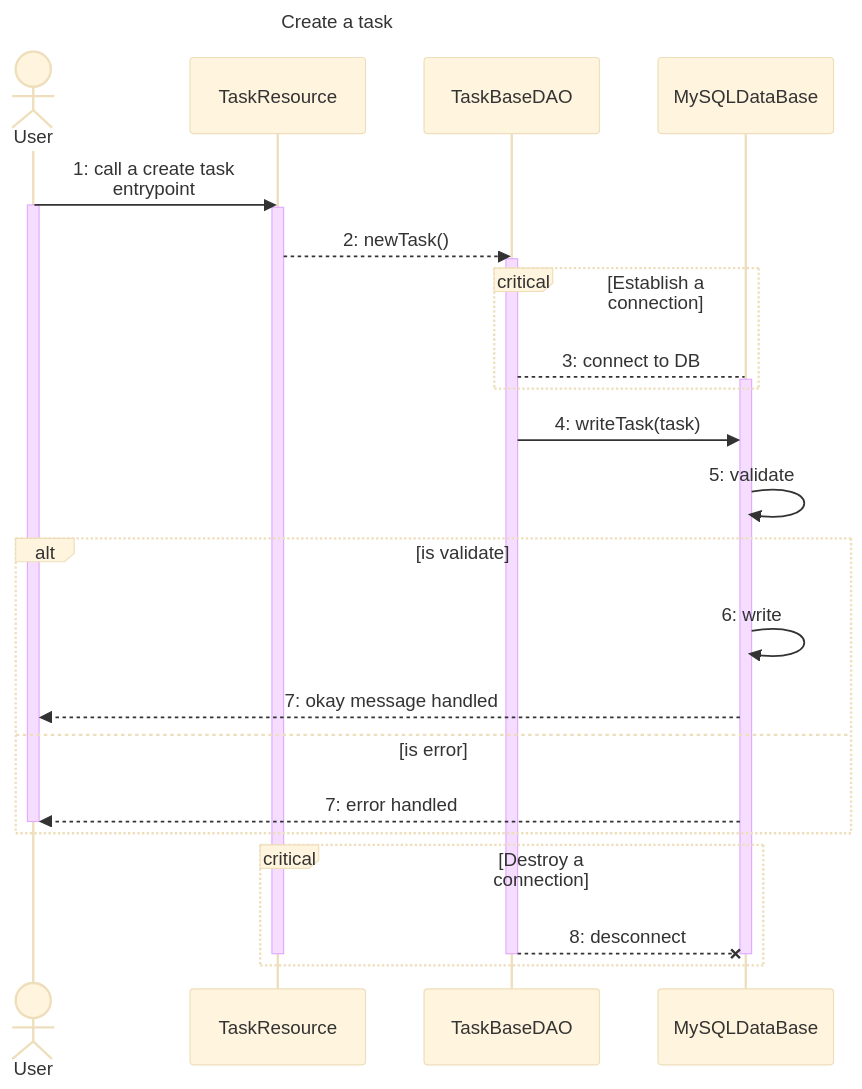
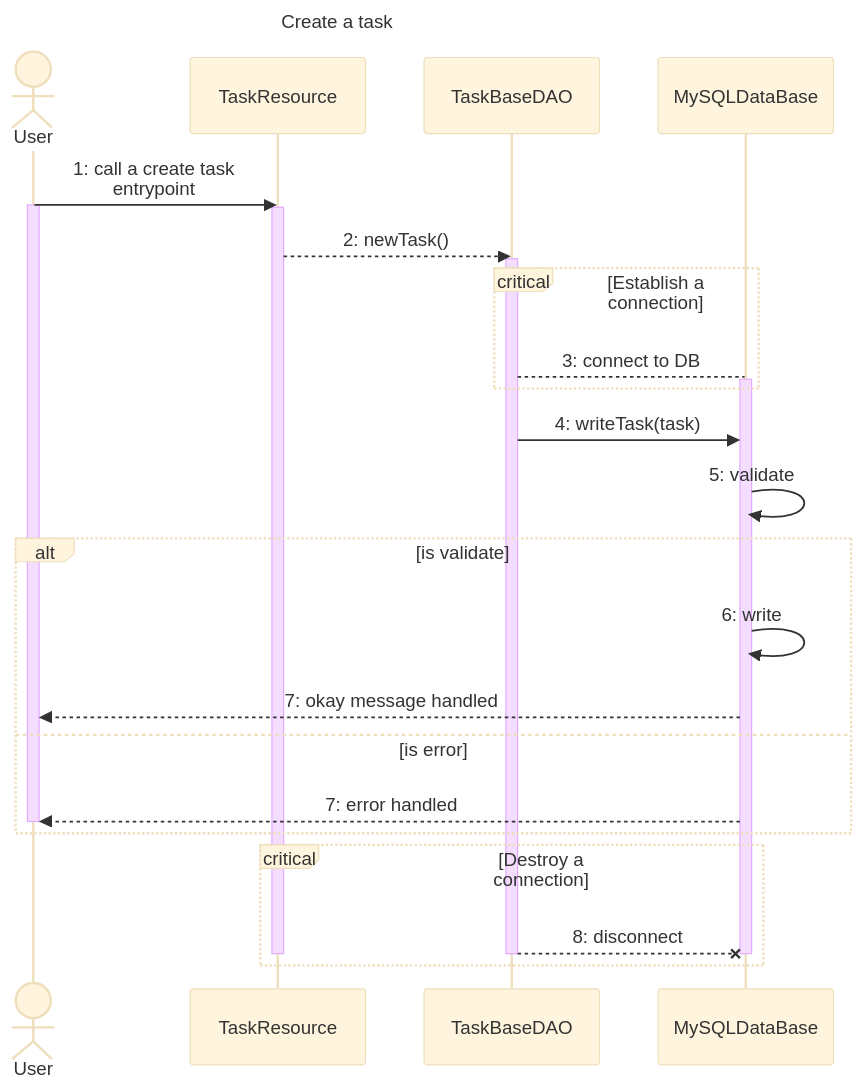
Before and after one commit to pedr0limpio/tasky: the first of 5 diagrams in doc/SEQUENCE-DIAGRAM.md, drawn with Mermaid (base theme). The commit also changed other lines of this file, not shown here.

Commit message:
creating missing diagrams. fixing typo. removing example diagram.

````diff
--- a/doc/SEQUENCE-DIAGRAM.md
+++ b/doc/SEQUENCE-DIAGRAM.md
@@ -3,32 +3,31 @@
 ```mermaid
 ---
 title: Create a task
 ---
 sequenceDiagram
     actor User
     User ->> TaskResource: 1: call a create task<br/>entrypoint
     activate User
     activate TaskResource
     TaskResource -->> TaskBaseDAO: 2: newTask()
     activate TaskBaseDAO
     critical Establish a connection
         TaskBaseDAO --> MySQLDataBase: 3: connect to DB
         activate MySQLDataBase
     end
     TaskBaseDAO ->> MySQLDataBase: 4: writeTask(task)
     MySQLDataBase ->> MySQLDataBase: 5: validate
     alt is validate
         MySQLDataBase ->> MySQLDataBase: 6: write
         MySQLDataBase -->> User: 7: okay message handled
     else is error
         MySQLDataBase -->> User: 7: error handled
         deactivate User
     end
     critical Destroy a connection
-        TaskBaseDAO --x MySQLDataBase: 8: desconnect
+        TaskBaseDAO --x MySQLDataBase: 8: disconnect
         deactivate MySQLDataBase
         deactivate TaskBaseDAO
         deactivate TaskResource
     end
-
 ```
````
